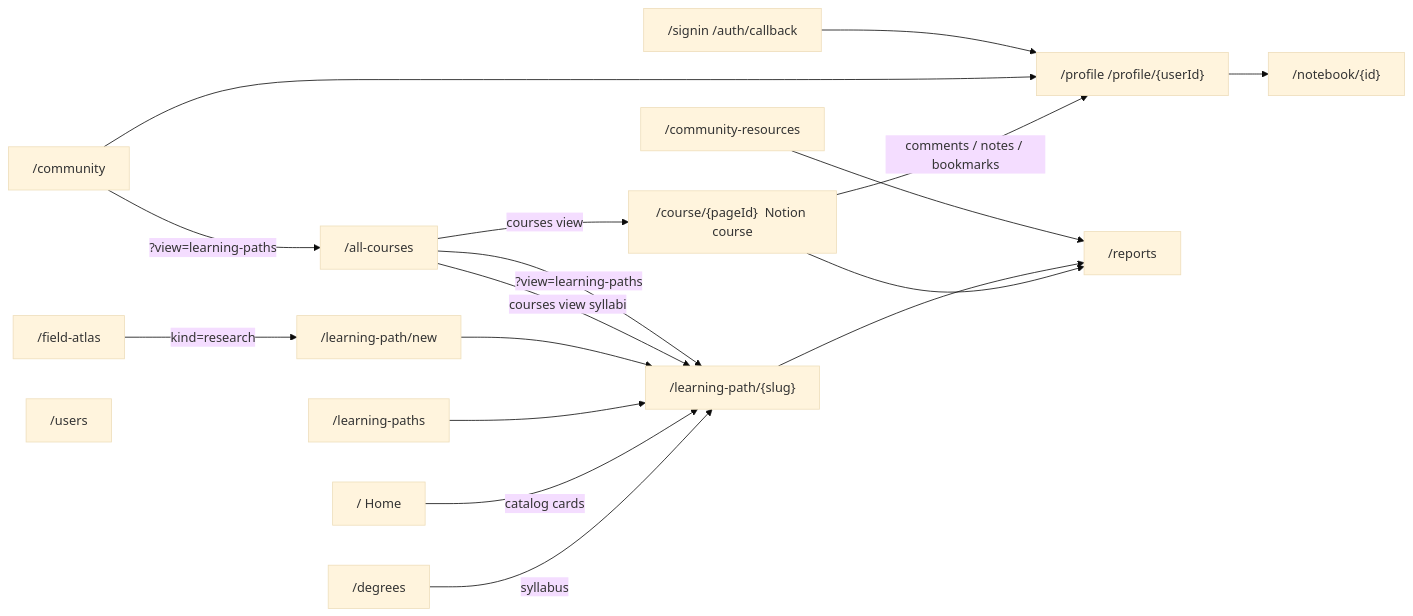
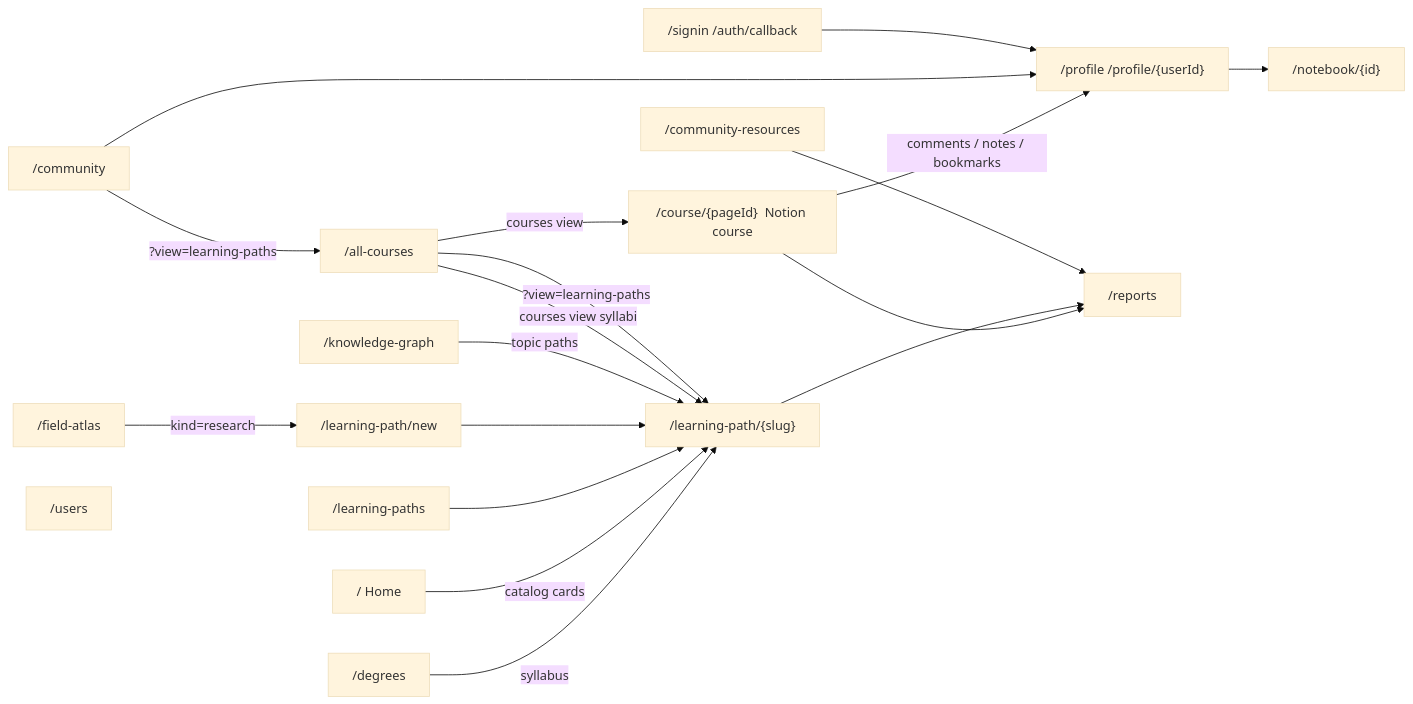
One commit to coursetexts/notion-site changed the second of 4 diagrams in docs/architecture.md. Above: the diagram before and after it, drawn with Mermaid (base theme). The commit also changed other lines of this file and 33 other files, not shown here.

Commit message:
Make the catalog type a visible filter on /all-courses, and ship a public knowledge-graph snapshot so recurring topics can be browsed without harvesting on load.

````diff
--- a/docs/architecture.md
+++ b/docs/architecture.md
@@ -86,35 +86,37 @@
 ```mermaid
 flowchart LR
   Home["/  Home"]
   Course["/course/{pageId}  Notion course"]
   All["/all-courses"]
   Degrees["/degrees"]
   LP["/learning-path/{slug}"]
   LPNew["/learning-path/new"]
   LPIndex["/learning-paths"]
   Atlas["/field-atlas"]
+  KnowledgeGraph["/knowledge-graph"]
   Community["/community"]
   Resources["/community-resources"]
   Profile["/profile  /profile/{userId}"]
   Users["/users"]
   Reports["/reports"]
   Notebook["/notebook/{id}"]
   Signin["/signin  /auth/callback"]
 
   Degrees -->|"syllabus"| LP
   Home -->|"catalog cards"| LP
   LPIndex --> LP
   LPNew --> LP
   Atlas -->|"kind=research"| LPNew
+  KnowledgeGraph -->|"topic paths"| LP
   All -->|"courses view"| Course
   All -->|"courses view syllabi"| LP
   All -->|"?view=learning-paths"| LP
   Community -->|"?view=learning-paths"| All
   Course --> Reports
   LP --> Reports
   Resources --> Reports
   Course -->|"comments / notes / bookmarks"| Profile
   Community --> Profile
   Profile --> Notebook
   Signin --> Profile
 ```
````
